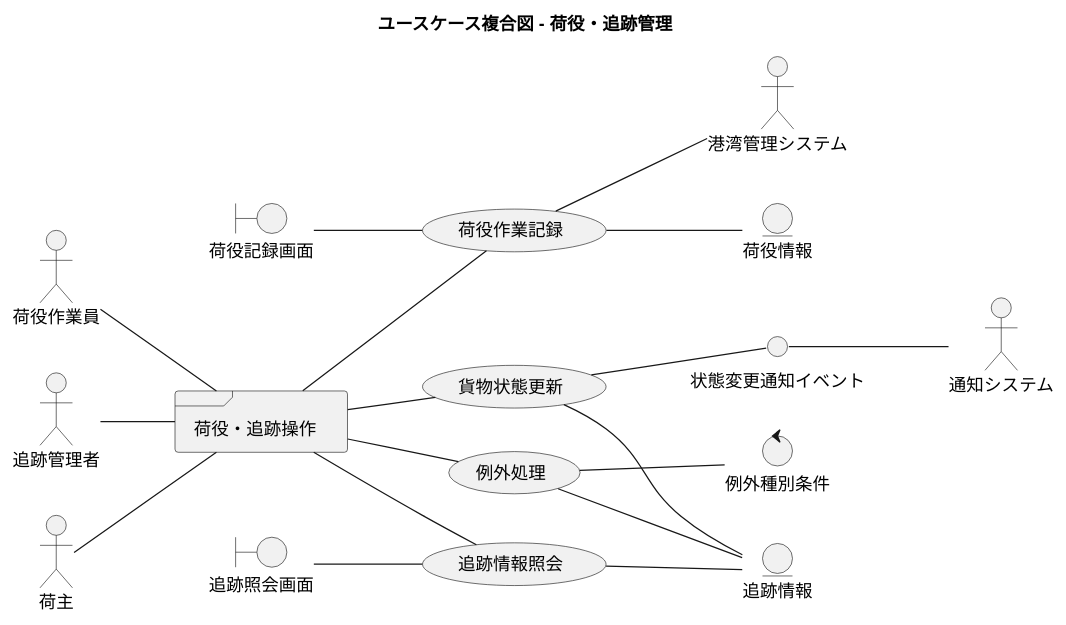
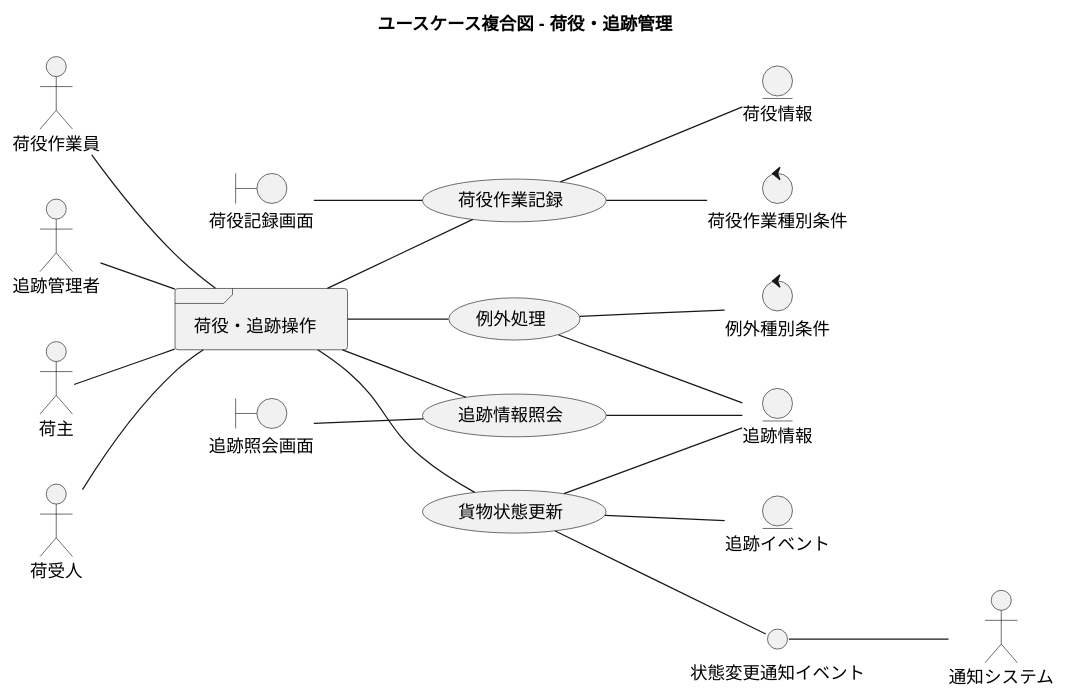
Before and after one commit to k2works/case-study-cargo-tracker: diagram 17 of 21 in docs/requirements/requirements_definition.md, drawn with PlantUML. The commit also changed other lines of this file and 3 other files, not shown here.

````diff
--- a/docs/requirements/requirements_definition.md
+++ b/docs/requirements/requirements_definition.md
@@ -647,47 +907,52 @@
 ```plantuml
 @startuml
 
 title ユースケース複合図 - 荷役・追跡管理
 
 left to right direction
 
 actor 荷役作業員 as handler
 actor 追跡管理者 as tracker
 actor 荷主 as shipper
+actor 荷受人 as consignee
 
 frame "荷役・追跡操作" as f02
 usecase "荷役作業記録" as UC06
 usecase "貨物状態更新" as UC07
 usecase "追跡情報照会" as UC08
 usecase "例外処理" as UC09
 boundary "荷役記録画面" as b03
 boundary "追跡照会画面" as b04
 entity "荷役情報" as e04
 entity "追跡情報" as e05
+entity "追跡イベント" as e05b
 control "例外種別条件" as c02
+control "荷役作業種別条件" as c02b
 interface "状態変更通知イベント" as i02
 
 handler -- f02
 tracker -- f02
 shipper -- f02
+consignee -- f02
 f02 -- UC06
 f02 -- UC07
 f02 -- UC08
 f02 -- UC09
 
 b03 -- UC06
 UC06 -- e04
-UC06 -- 港湾管理システム
+UC06 -- c02b
 
 UC07 -- e05
+UC07 -- e05b
 UC07 -- i02
 i02 -- 通知システム
 
 b04 -- UC08
 UC08 -- e05
 
 UC09 -- c02
 UC09 -- e05
 
 @enduml
 ```
````
